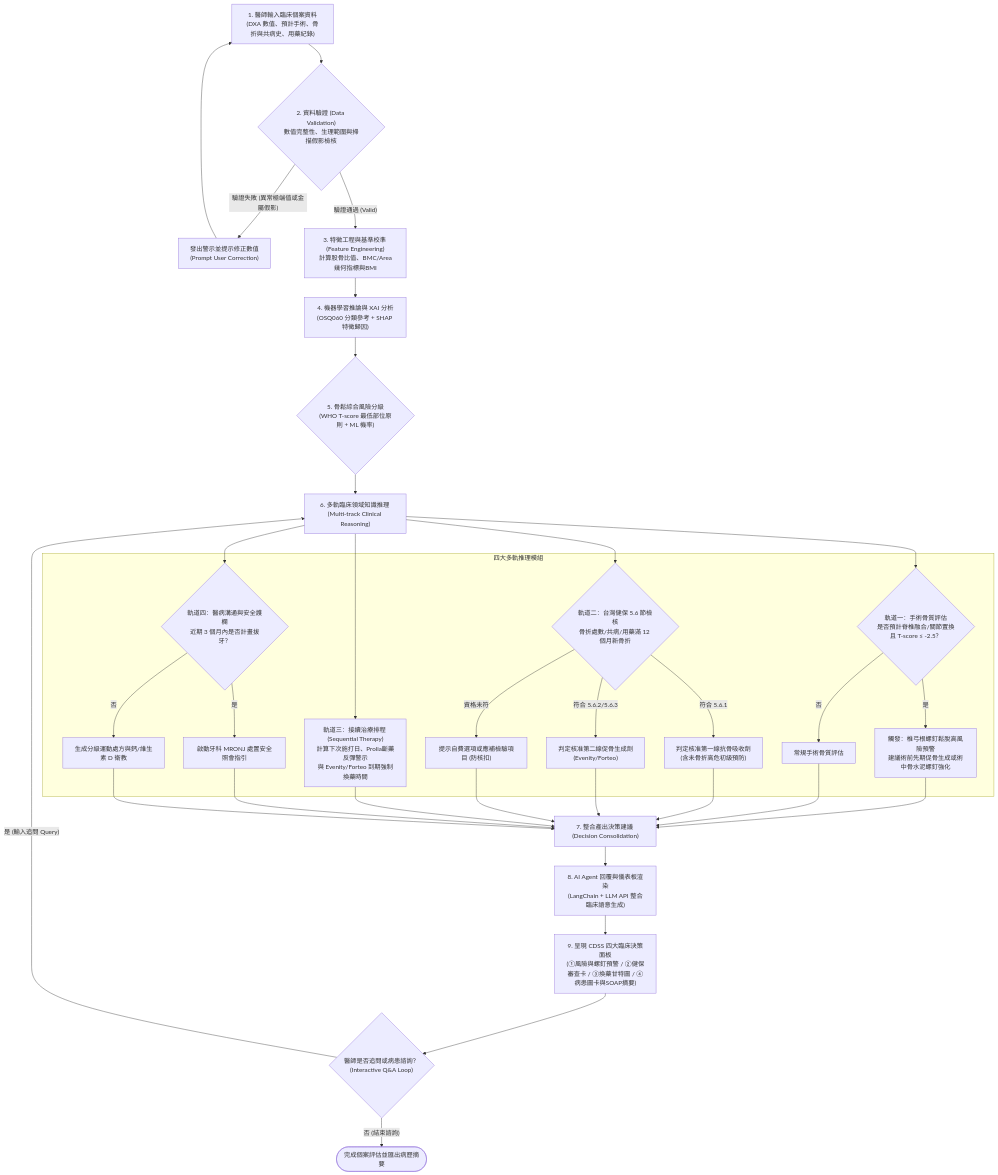
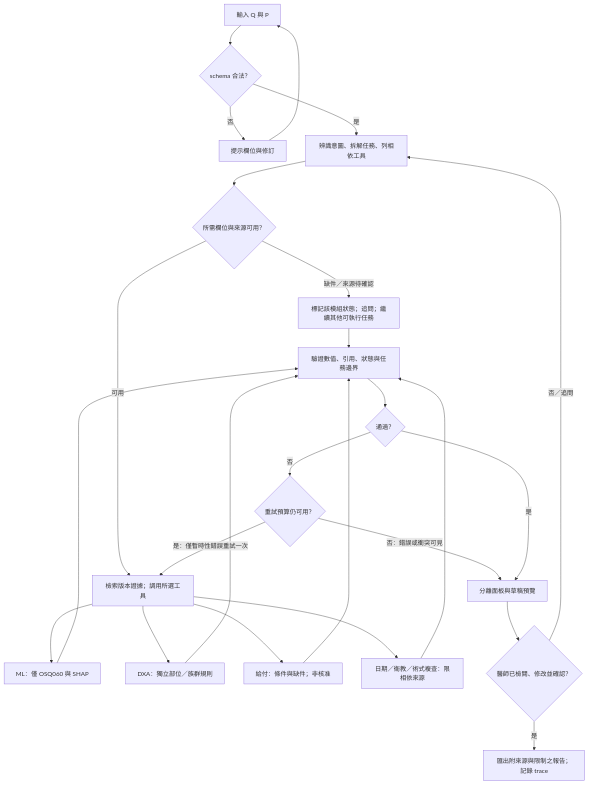
One commit to contemplator/nchu-bone-health-agent changed the second of 2 diagrams in PROPOSAL.md. Above: the diagram before and after it, drawn with Mermaid. The commit also changed other lines of this file and 7 other files, not shown here.

````diff
--- a/PROPOSAL.md
+++ b/PROPOSAL.md
@@ -338,52 +206,26 @@
 ```mermaid
 flowchart TD
-    A["1. 醫師輸入臨床個案資料<br/>(DXA 數值、預計手術、骨折與共病史、用藥紀錄)"] --> B{"2. 資料驗證 (Data Validation)<br/>數值完整性、生理範圍與掃描假影檢核"}
-    
-    B -- "驗證失敗 (異常極端值或金屬假影)" --> B_ERR["發出警示並提示修正數值<br/>(Prompt User Correction)"]
-    B_ERR --> A
-    
-    B -- "驗證通過 (Valid)" --> C["3. 特徵工程與基準校準 (Feature Engineering)<br/>計算股骨比值、BMC/Area幾何指標與BMI"]
-    C --> D["4. 機器學習推論與 XAI 分析<br/>(OSQ060 分類參考 + SHAP 特徵歸因)"]
-    
-    D --> E{"5. 骨鬆綜合風險分級<br/>(WHO T-score 最低部位原則 + ML 機率)"}
-    
-    E --> F["6. 多軌臨床領域知識推理 (Multi-track Clinical Reasoning)"]
-    
-    subgraph Multi_Track_Reasoning ["四大多軌推理模組"]
-        F1{"軌道一：手術骨質評估<br/>是否預計脊椎融合/關節置換<br/>且 T-score ≤ -2.5？"}
-        F1 -- "是" --> F1_ALERT["觸發：椎弓根螺釘鬆脫高風險預警<br/>建議術前先期促骨生成或術中骨水泥螺釘強化"]
-        F1 -- "否" --> F1_SAFE["常規手術骨質評估"]
-        
-        F2{"軌道二：台灣健保 5.6 節檢核<br/>骨折處數/共病/用藥滿 12 個月新骨折"}
-        F2 -- "符合 5.6.1" --> F2_1["判定核准第一線抗骨吸收劑<br/>(含未骨折高危初級預防)"]
-        F2 -- "符合 5.6.2/5.6.3" --> F2_2["判定核准第二線促骨生成劑<br/>(Evenity/Forteo)"]
-        F2 -- "資格未符" --> F2_3["提示自費選項或應補檢驗項目 (防核扣)"]
-        
-        F3["軌道三：接續治療排程 (Sequential Therapy)<br/>計算下次施打日、Prolia斷藥反彈警示<br/>與 Evenity/Forteo 到期強制換藥時間"]
-        
-        F4{"軌道四：醫病溝通與安全護欄<br/>近期 3 個月內是否計畫拔牙？"}
-        F4 -- "是" --> F4_ALERT["啟動牙科 MRONJ 處置安全照會指引"]
-        F4 -- "否" --> F4_PLAN["生成分級運動處方與鈣/維生素 D 衛教"]
-    end
-    
-    F --> F1
-    F --> F2
-    F --> F3
-    F --> F4
-    
-    F1_ALERT --> G["7. 整合產出決策建議 (Decision Consolidation)"]
-    F1_SAFE --> G
-    F2_1 --> G
-    F2_2 --> G
-    F2_3 --> G
-    F3 --> G
-    F4_ALERT --> G
-    F4_PLAN --> G
-    
-    G --> H["8. AI Agent 回覆與儀表板渲染<br/>(LangChain + LLM API 整合臨床語意生成)"]
-    H --> I["9. 呈現 CDSS 四大臨床決策面板<br/>(①風險與螺釘預警 / ②健保審查卡 / ③換藥甘特圖 / ④病患圖卡與SOAP摘要)"]
-    
-    I --> J{"醫師是否追問或病患諮詢？<br/>(Interactive Q&A Loop)"}
-    J -- "是 (輸入追問 Query)" --> F
-    J -- "否 (結束諮詢)" --> K(["完成個案評估並匯出病歷摘要"])
+  I["輸入 Q 與 P"] --> S{"schema 合法？"}
+  S -- "否" --> C["提示欄位與修訂"] --> I
+  S -- "是" --> P["辨識意圖、拆解任務、列相依工具"]
+  P --> E{"所需欄位與來源可用？"}
+  E -- "缺件／來源待確認" --> X["標記該模組狀態；追問；繼續其他可執行任務"]
+  E -- "可用" --> R["檢索版本證據；調用所選工具"]
+  R --> M["ML：僅 OSQ060 與 SHAP"]
+  R --> D["DXA：獨立部位／族群規則"]
+  R --> N["給付：條件與缺件；非核准"]
+  R --> T["日期／衛教／術式複查：限相依來源"]
+  M --> V["驗證數值、引用、狀態與任務邊界"]
+  D --> V
+  N --> V
+  T --> V
+  X --> V
+  V --> F{"通過？"}
+  F -- "否" --> B{"重試預算仍可用？"}
+  B -- "是：僅暫時性錯誤重試一次" --> R
+  B -- "否：錯誤或衝突可見" --> O["分離面板與草稿預覽"]
+  F -- "是" --> O
+  O --> H{"醫師已檢閱、修改並確認？"}
+  H -- "否／追問" --> P
+  H -- "是" --> Z["匯出附來源與限制之報告；記錄 trace"]
 ```
````
